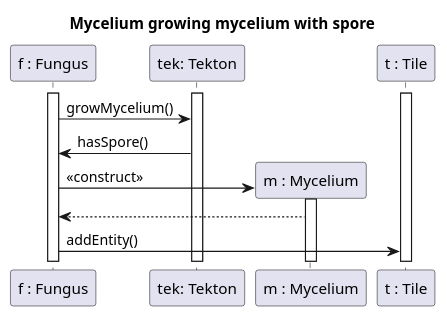
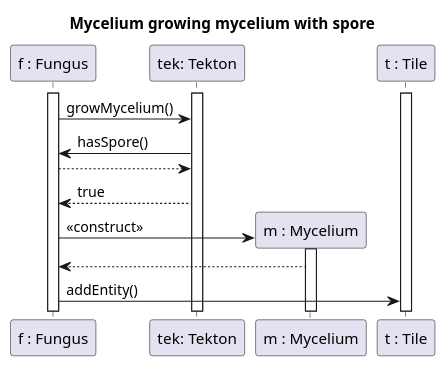
One commit to Klastiv/Projlab_nullpointerexception changed the diagram in diagrams/diagramFiles/SQ_MyceliumGrowthWithSpore.puml. Above: the diagram before and after it, drawn with PlantUML.

Commit message:
truefalse

```diff
--- a/diagrams/diagramFiles/SQ_MyceliumGrowthWithSpore.puml
+++ b/diagrams/diagramFiles/SQ_MyceliumGrowthWithSpore.puml
@@ -1,24 +1,26 @@
 @startuml Fungus growth with spore
 
 title Mycelium growing mycelium with spore
 
 participant "f : Fungus" as F
 participant "tek: Tekton" as Tek
 participant "m : Mycelium" as M
 participant "t : Tile" as T
 
 activate F
 activate T
 activate Tek
 
 
 F->Tek : growMycelium()
 Tek -> F : hasSpore()
+F --> Tek 
+Tek --> F : true
 F -> M ** : <<construct>>
 activate M
 M --> F
 F -> T : addEntity()
 
 
 
 @enduml
```
